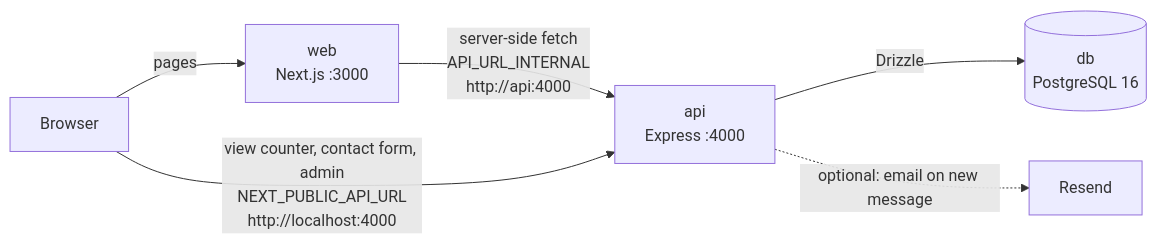
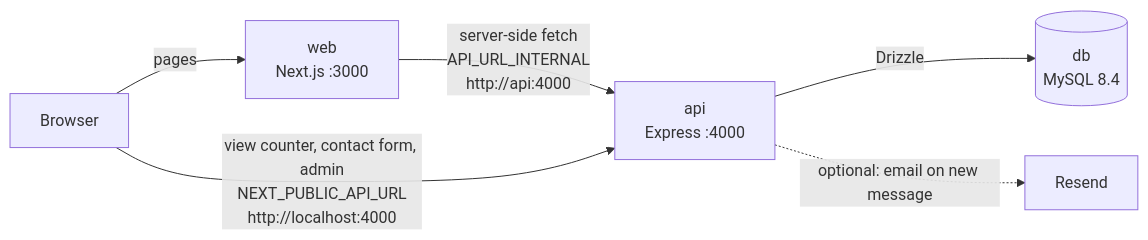
Before and after one commit to Prathameshh-Patil/portfolio: the diagram in README.md, drawn with Mermaid. The commit also changed other lines of this file and 34 other files, not shown here.

````diff
--- a/README.md
+++ b/README.md
@@ -9,8 +9,8 @@
 ```mermaid
 flowchart LR
     B[Browser] -- "pages" --> W["web<br/>Next.js :3000"]
     W -- "server-side fetch<br/>API_URL_INTERNAL<br/>http://api:4000" --> A["api<br/>Express :4000"]
     B -- "view counter, contact form, admin<br/>NEXT_PUBLIC_API_URL<br/>http://localhost:4000" --> A
-    A -- "Drizzle" --> D[("db<br/>PostgreSQL 16")]
+    A -- "Drizzle" --> D[("db<br/>MySQL 8.4")]
     A -. "optional: email on new message" .-> R[Resend]
 ```
````
